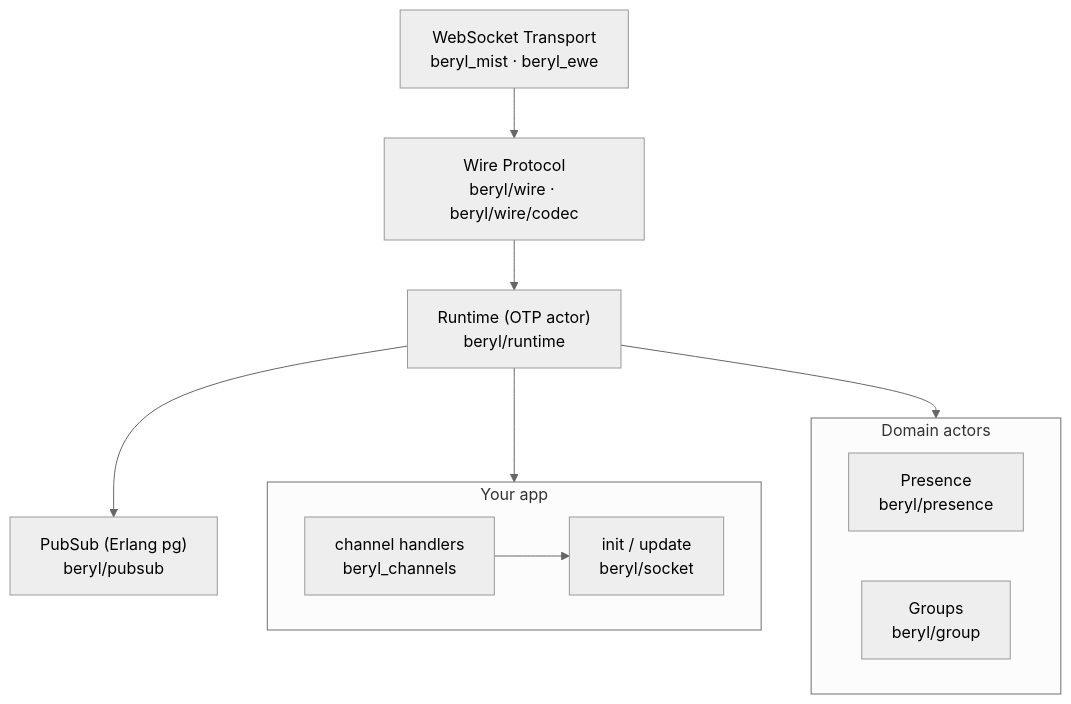
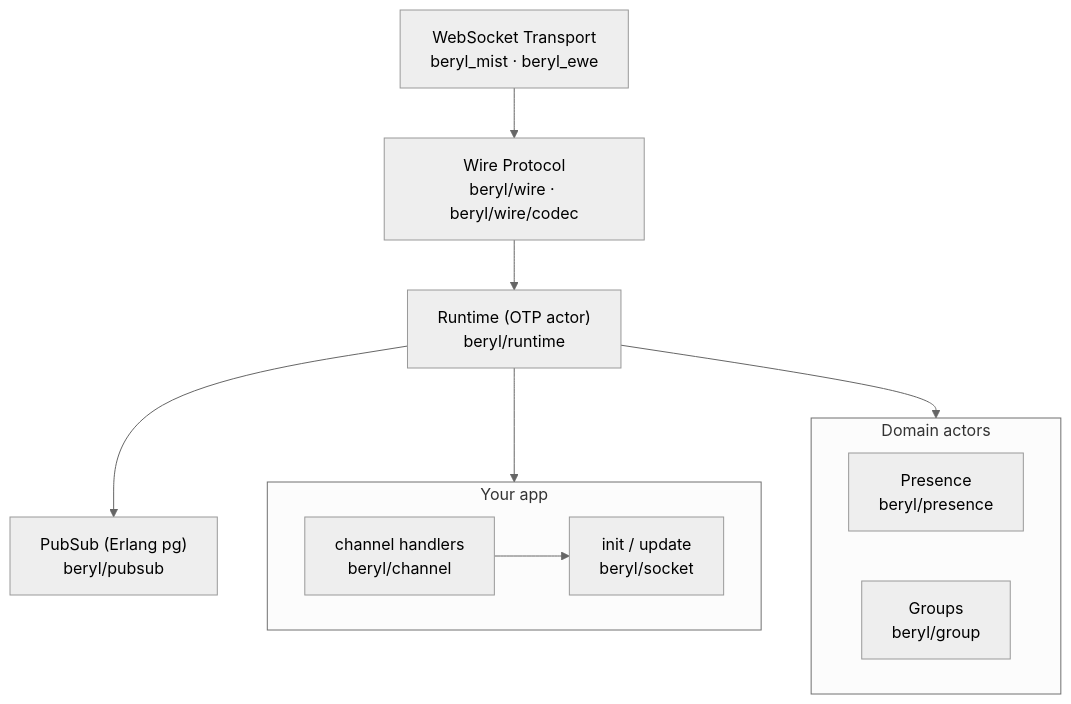
The first of 2 diagrams in website/src/content/docs/architecture/overview.md (tylerbutler/beryl), drawn with Mermaid (neutral theme) before and after one commit. The commit also changed other lines of this file and 91 other files, not shown here.

First line of the commit message:
refactor(channel): merge channels into core

````diff
--- a/website/src/content/docs/architecture/overview.md
+++ b/website/src/content/docs/architecture/overview.md
@@ -25,19 +25,19 @@
 ```mermaid
 flowchart TB
   T["WebSocket Transport<br/>beryl_mist · beryl_ewe"]
   W["Wire Protocol<br/>beryl/wire · beryl/wire/codec"]
   RT["Runtime (OTP actor)<br/>beryl/runtime"]
   subgraph App["Your app"]
-    C["channel handlers<br/>beryl_channels"]
+    C["channel handlers<br/>beryl/channel"]
     U["init / update<br/>beryl/socket"]
     C --> U
   end
   subgraph Domain["Domain actors"]
     P["Presence<br/>beryl/presence"]
     G["Groups<br/>beryl/group"]
   end
   PS["PubSub (Erlang pg)<br/>beryl/pubsub"]
   T --> W --> RT --> App
   RT --> Domain
   RT --> PS
 ```
````
